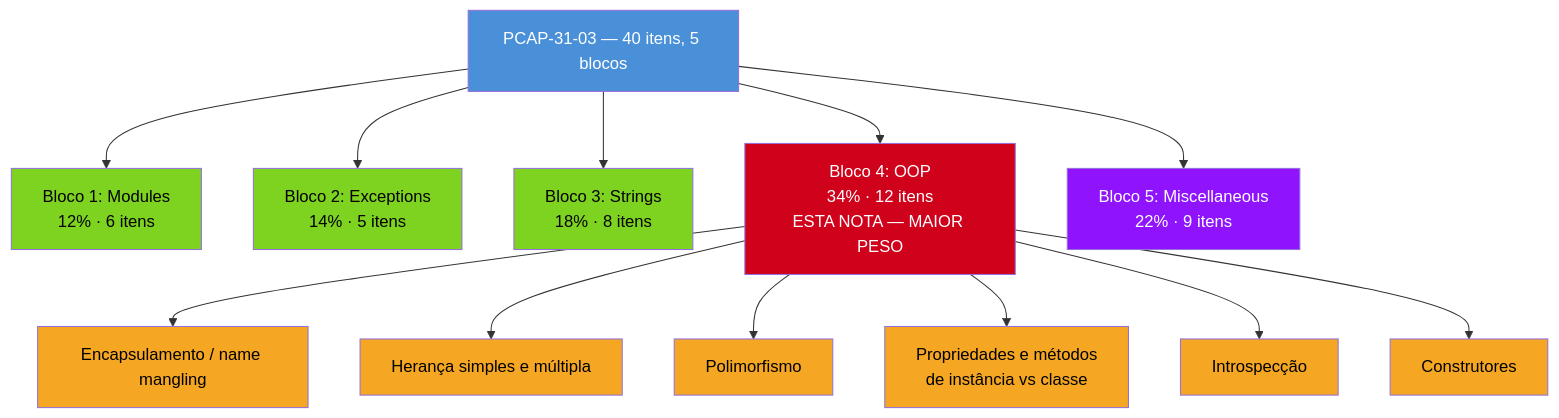
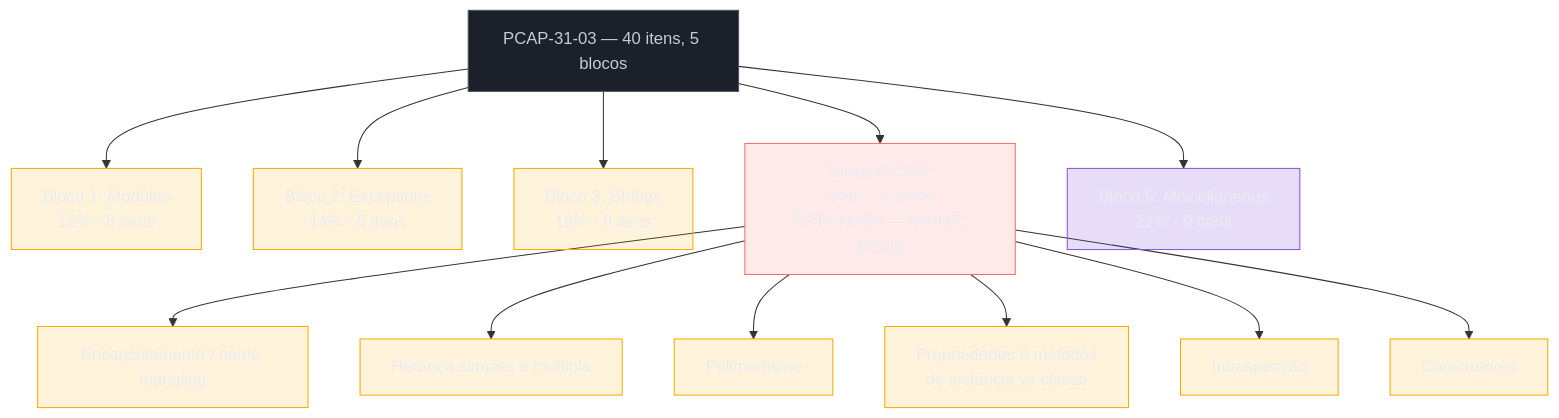
The first of 2 diagrams in 03-Dominios/Tecnologia/Python/Certificação (PCEP-PCAP)/04 - PCAP — orientação a objetos, o bloco de maior peso.md (josenaldo/codex-technomanticus), drawn with Mermaid before and after one commit. The commit also changed other lines of this file and 1181 other files, not shown here.

First line of the commit message:
fix(diagramas): paleta do sistema no lugar de cor cravada no markdown

````diff
--- a/03-Dominios/Tecnologia/Python/Certificação (PCEP-PCAP)/04 - PCAP — orientação a objetos, o bloco de maior peso.md
+++ b/03-Dominios/Tecnologia/Python/Certificação (PCEP-PCAP)/04 - PCAP — orientação a objetos, o bloco de maior peso.md
@@ -29,28 +29,32 @@
 ```mermaid
 flowchart TB
+    classDef neutro fill:#1B2029,stroke:#4E5666,color:#C6CCD8
+    classDef falha fill:#FF6B6B24,stroke:#FF6B6B,color:#E9ECF2
+    classDef destaque fill:#FFAA0024,stroke:#FFAA00,color:#E9ECF2
+    classDef marca fill:#8855DF33,stroke:#8855DF,color:#E9ECF2
     PCAP["PCAP-31-03 — 40 itens, 5 blocos"] --> B1["Bloco 1: Modules<br/>12% · 6 itens"]
     PCAP --> B2["Bloco 2: Exceptions<br/>14% · 5 itens"]
     PCAP --> B3["Bloco 3: Strings<br/>18% · 8 itens"]
     PCAP --> B4["Bloco 4: OOP<br/>34% · 12 itens<br/>ESTA NOTA — MAIOR PESO"]
     PCAP --> B5["Bloco 5: Miscellaneous<br/>22% · 9 itens"]
 
     B4 --> I1["Encapsulamento / name mangling"]
     B4 --> I2["Herança simples e múltipla"]
     B4 --> I3["Polimorfismo"]
     B4 --> I4["Propriedades e métodos<br/>de instância vs classe"]
     B4 --> I5["Introspecção"]
     B4 --> I6["Construtores"]
 
-    style PCAP fill:#4A90D9,color:#fff
-    style B4 fill:#D0021B,color:#fff
-    style B1 fill:#7ED321,color:#000
-    style B2 fill:#7ED321,color:#000
-    style B3 fill:#7ED321,color:#000
-    style B5 fill:#9013FE,color:#fff
-    style I1 fill:#F5A623,color:#000
-    style I2 fill:#F5A623,color:#000
-    style I3 fill:#F5A623,color:#000
-    style I4 fill:#F5A623,color:#000
-    style I5 fill:#F5A623,color:#000
-    style I6 fill:#F5A623,color:#000
+    class PCAP neutro
+    class B4 falha
+    class B1 destaque
+    class B2 destaque
+    class B3 destaque
+    class B5 marca
+    class I1 destaque
+    class I2 destaque
+    class I3 destaque
+    class I4 destaque
+    class I5 destaque
+    class I6 destaque
 ```
````
